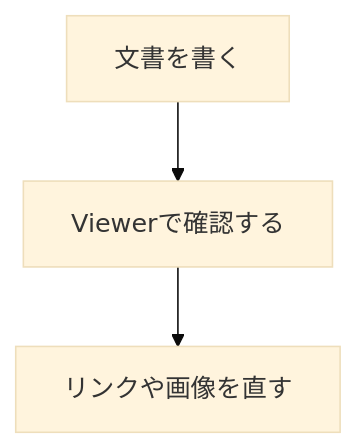
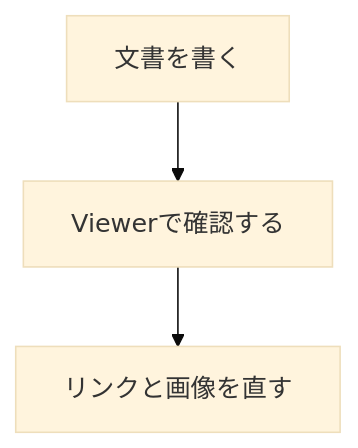
The diagram in docs/02_document-author-guide.md (nomunel/MD-Viewer), drawn with Mermaid (base theme) before and after one commit. The commit also changed other lines of this file and 17 other files, not shown here.

````diff
--- a/docs/02_document-author-guide.md
+++ b/docs/02_document-author-guide.md
@@ -162,5 +149,5 @@
 ```mermaid
 flowchart TD
   A[文書を書く] --> B[Viewerで確認する]
-  B --> C[リンクや画像を直す]
+  B --> C[リンクと画像を直す]
 ```
````
